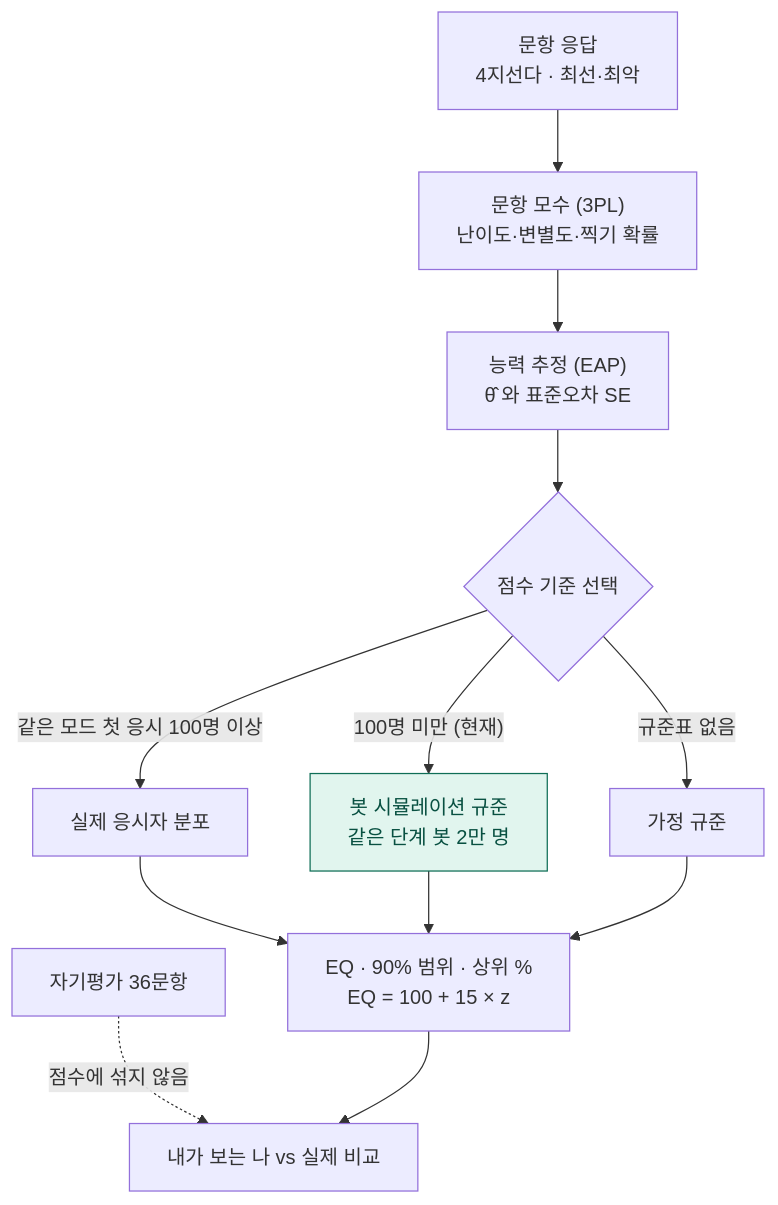
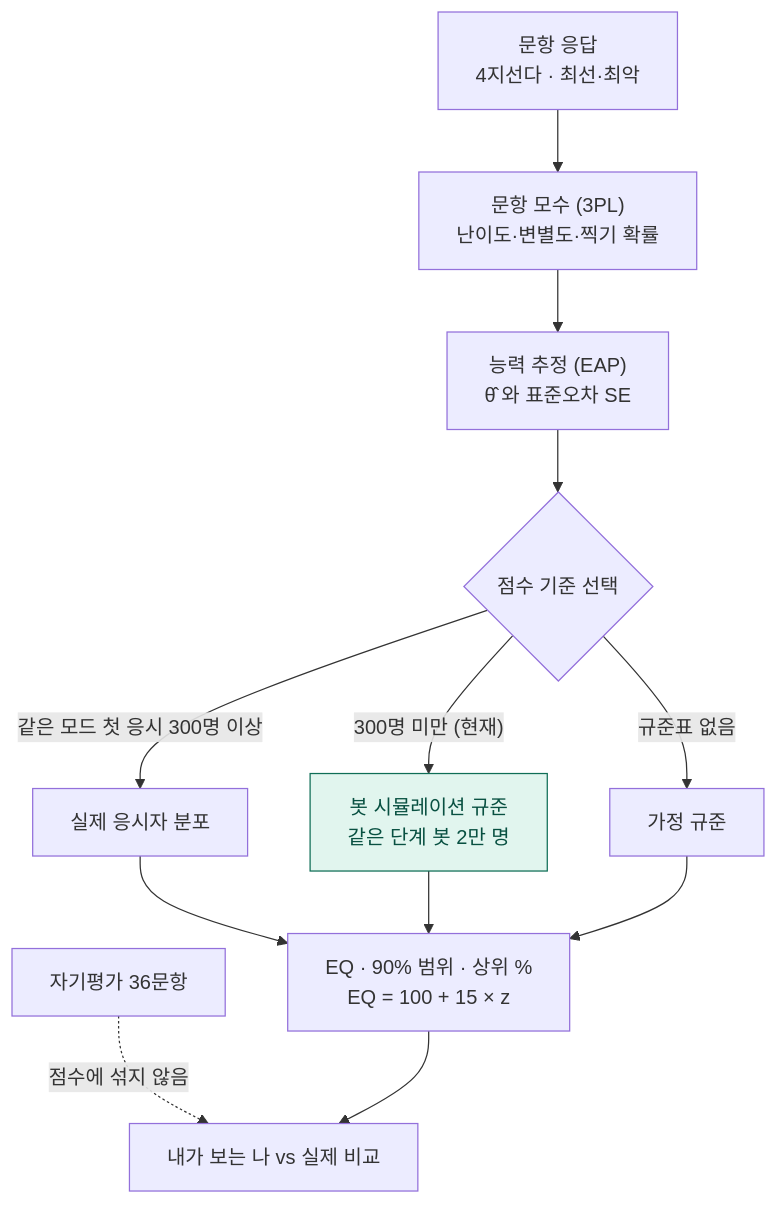
One commit to SKN35shimsungwook/eq-test changed the diagram in docs/07_채점_원리.md. Above: the diagram before and after it, drawn with Mermaid. The commit also changed other lines of this file and 40 other files, not shown here.

````diff
--- a/docs/07_채점_원리.md
+++ b/docs/07_채점_원리.md
@@ -3,15 +3,15 @@
 ```mermaid
 flowchart TD
     A["문항 응답<br/>4지선다 · 최선·최악"] --> B["문항 모수 (3PL)<br/>난이도·변별도·찍기 확률"]
     B --> C["능력 추정 (EAP)<br/>θ̂ 와 표준오차 SE"]
     C --> D{"점수 기준 선택"}
-    D -->|"같은 모드 첫 응시 100명 이상"| E["실제 응시자 분포"]
-    D -->|"100명 미만 (현재)"| F["봇 시뮬레이션 규준<br/>같은 단계 봇 2만 명"]
+    D -->|"같은 모드 첫 응시 300명 이상"| E["실제 응시자 분포"]
+    D -->|"300명 미만 (현재)"| F["봇 시뮬레이션 규준<br/>같은 단계 봇 2만 명"]
     D -->|"규준표 없음"| G["가정 규준"]
     E --> H["EQ · 90% 범위 · 상위 %<br/>EQ = 100 + 15 × z"]
     F --> H
     G --> H
     S["자기평가 36문항"] -.->|"점수에 섞지 않음"| R["내가 보는 나 vs 실제 비교"]
     H --> R
     style F fill:#E1F5EE,stroke:#0F6E56,color:#085041
 ```
````
